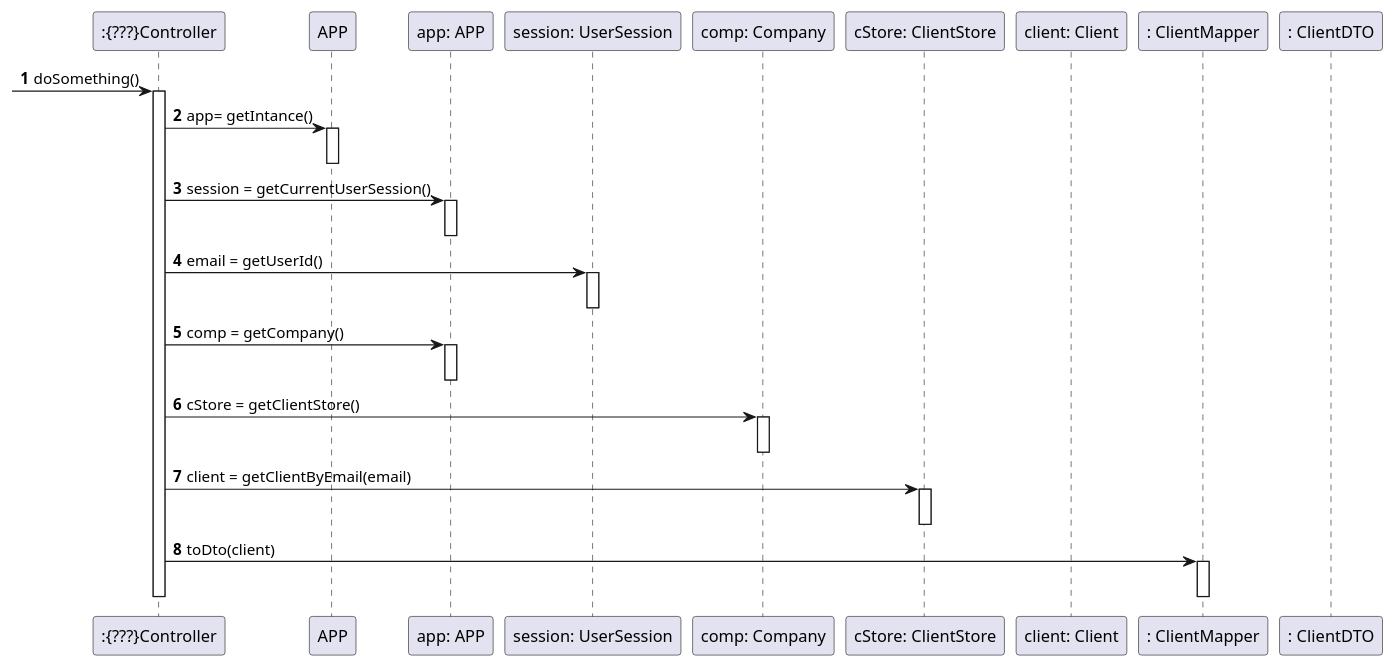
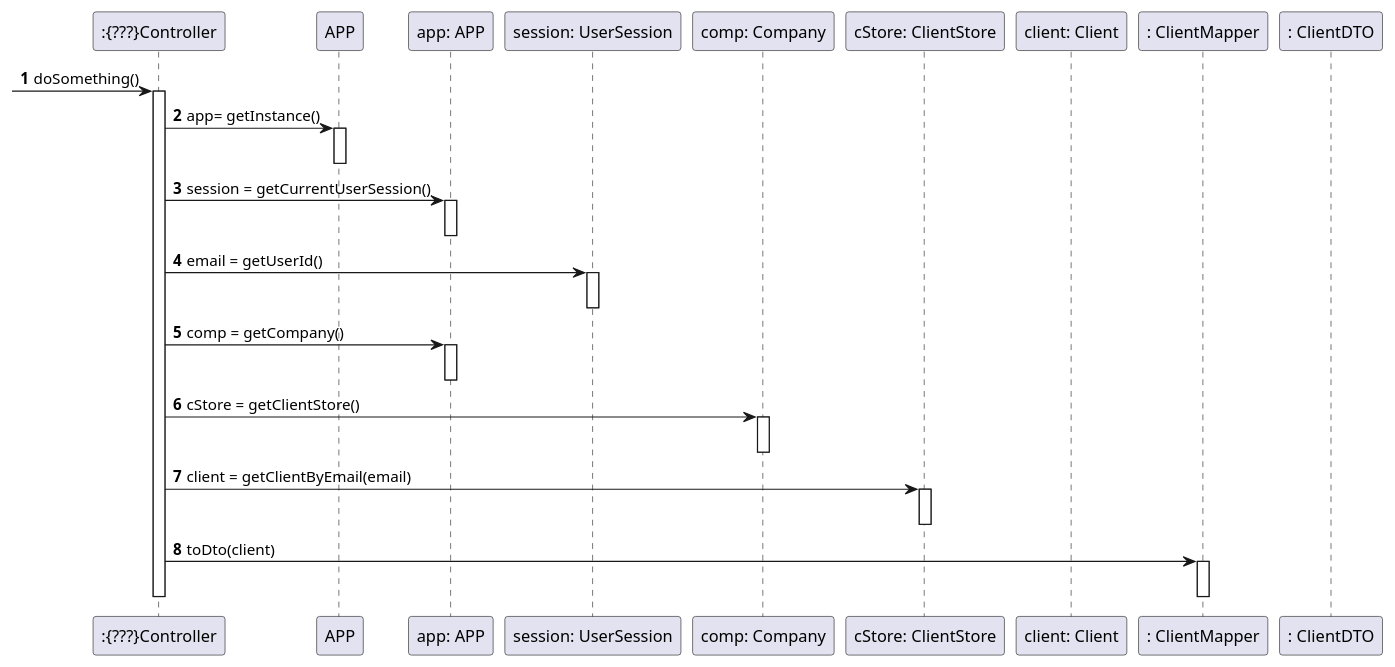
Before and after one commit to manu-07-ela/LAPR2_ISEP: the diagram in docs/SprintD/US01/SD/SD_Get_Client_Of_Current_User.puml, drawn with PlantUML. The commit also changed 1 other file, not shown here.

```diff
--- a/docs/SprintD/US01/SD/SD_Get_Client_Of_Current_User.puml
+++ b/docs/SprintD/US01/SD/SD_Get_Client_Of_Current_User.puml
@@ -1,42 +1,42 @@
 @startuml
 'https://plantuml.com/sequence-diagram
 autonumber
 
 participant ":{???}Controller" as CTRL
 participant "APP" as APP
 participant "app: APP" as app
 participant "session: UserSession" as session
 participant "comp: Company" as COMPANY
 participant "cStore: ClientStore" as Store
 participant "client: Client" as Client
 participant ": ClientMapper" as Mapper
 participant ": ClientDTO" as cDto
 
 ->CTRL: doSomething()
 activate CTRL
-CTRL -> APP : app= getIntance()
+CTRL -> APP : app= getInstance()
 activate APP
 deactivate APP
 CTRL -> app : session = getCurrentUserSession()
 activate app
 deactivate app
 CTRL -> session : email = getUserId()
 activate session
 deactivate session
 CTRL -> app : comp = getCompany()
 activate app
 deactivate app
 CTRL -> COMPANY : cStore = getClientStore()
 activate COMPANY
 deactivate COMPANY
 CTRL -> Store : client = getClientByEmail(email)
 activate Store
 deactivate Store
 CTRL -> Mapper : toDto(client)
 activate Mapper
 deactivate Mapper
 deactivate CTRL
 
 
 
 @enduml
```
